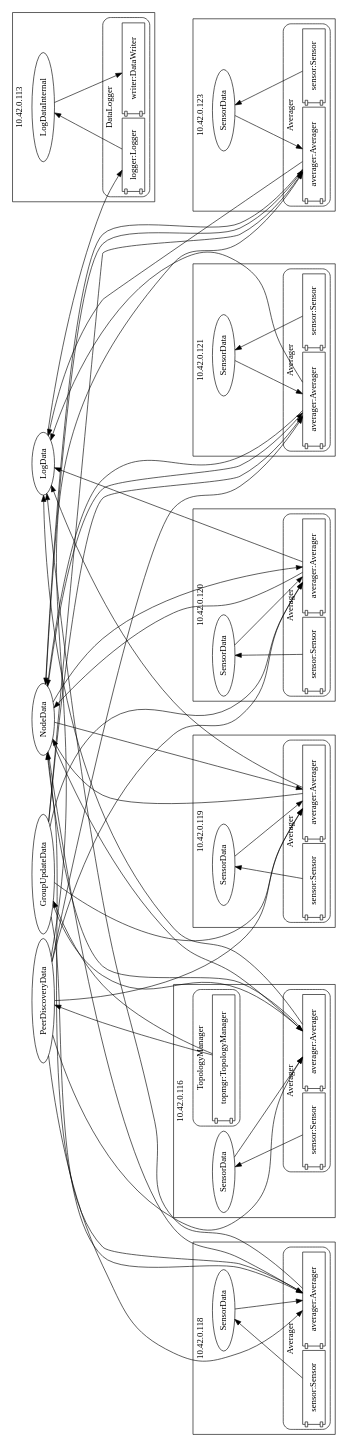
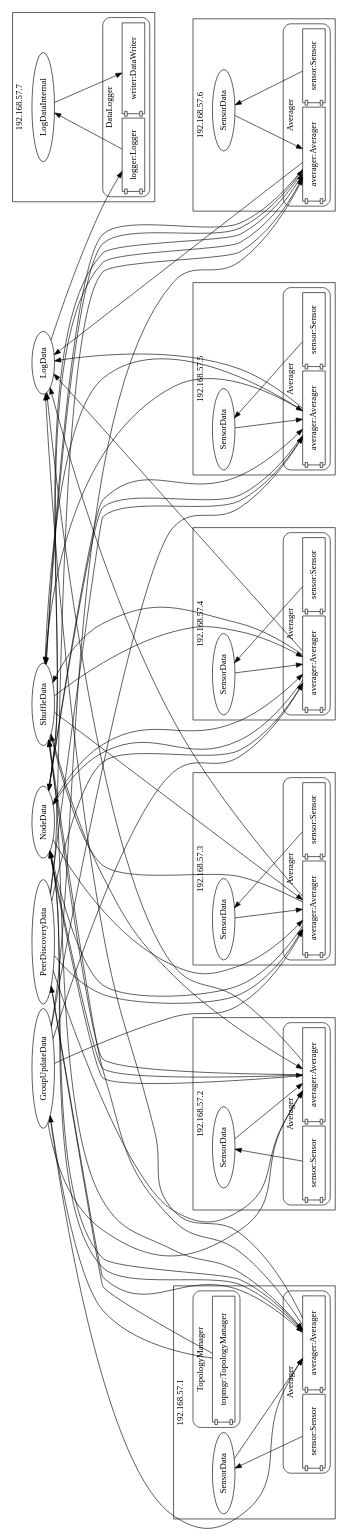
The diagram in GroupTestAppRandom/GroupTestApp.dot (purboday/GroupTestApp), drawn with Graphviz before and after one commit. The commit also changed 31 other files, not shown here.

```diff
--- a/GroupTestAppRandom/GroupTestApp.dot
+++ b/GroupTestAppRandom/GroupTestApp.dot
@@ -9,125 +9,22 @@
 GroupUpdateData [shape=ellipse];
 PeerDiscoveryData [shape=ellipse];
 LogData [shape=ellipse];
-}
-
-sensor_Sensor_77 -> SensorData_78;
-averager_Averager_79 -> NodeData;
-averager_Averager_79 -> LogData;
-SensorData_78 -> averager_Averager_79;
-NodeData -> averager_Averager_79;
-GroupUpdateData -> averager_Averager_79;
-PeerDiscoveryData -> averager_Averager_79;
-topmgr_TopologyManager_81 -> GroupUpdateData;
-topmgr_TopologyManager_81 -> PeerDiscoveryData;
-subgraph "cluster_10.42.0.116" {
-label="10.42.0.116";
-rankdir=BT;
-rank=max;
-subgraph Averager_msgs_76 {
-rank=min;
-SensorData_78 [label=SensorData, shape=ellipse];
-}
-
-subgraph cluster_Averager_75 {
-label=Averager;
-style=rounded;
-sensor_Sensor_77 [label="sensor:Sensor", rank=max, shape=component];
-averager_Averager_79 [label="averager:Averager", rank=max, shape=component];
-}
-
-subgraph cluster_TopologyManager_80 {
-label=TopologyManager;
-style=rounded;
-topmgr_TopologyManager_81 [label="topmgr:TopologyManager", rank=max, shape=component];
-}
-
-}
-
-sensor_Sensor_84 -> SensorData_85;
-averager_Averager_86 -> NodeData;
-averager_Averager_86 -> LogData;
-SensorData_85 -> averager_Averager_86;
-NodeData -> averager_Averager_86;
-GroupUpdateData -> averager_Averager_86;
-PeerDiscoveryData -> averager_Averager_86;
-subgraph "cluster_10.42.0.118" {
-label="10.42.0.118";
-rankdir=BT;
-rank=max;
-subgraph Averager_msgs_83 {
-rank=min;
-SensorData_85 [label=SensorData, shape=ellipse];
-}
-
-subgraph cluster_Averager_82 {
-label=Averager;
-style=rounded;
-sensor_Sensor_84 [label="sensor:Sensor", rank=max, shape=component];
-averager_Averager_86 [label="averager:Averager", rank=max, shape=component];
-}
-
-}
-
-sensor_Sensor_89 -> SensorData_90;
-averager_Averager_91 -> NodeData;
-averager_Averager_91 -> LogData;
-SensorData_90 -> averager_Averager_91;
-NodeData -> averager_Averager_91;
-GroupUpdateData -> averager_Averager_91;
-PeerDiscoveryData -> averager_Averager_91;
-subgraph "cluster_10.42.0.119" {
-label="10.42.0.119";
-rankdir=BT;
-rank=max;
-subgraph Averager_msgs_88 {
-rank=min;
-SensorData_90 [label=SensorData, shape=ellipse];
-}
-
-subgraph cluster_Averager_87 {
-label=Averager;
-style=rounded;
-sensor_Sensor_89 [label="sensor:Sensor", rank=max, shape=component];
-averager_Averager_91 [label="averager:Averager", rank=max, shape=component];
-}
-
-}
-
-sensor_Sensor_94 -> SensorData_95;
-averager_Averager_96 -> NodeData;
-averager_Averager_96 -> LogData;
-SensorData_95 -> averager_Averager_96;
-NodeData -> averager_Averager_96;
-GroupUpdateData -> averager_Averager_96;
-PeerDiscoveryData -> averager_Averager_96;
-subgraph "cluster_10.42.0.120" {
-label="10.42.0.120";
-rankdir=BT;
-rank=max;
-subgraph Averager_msgs_93 {
-rank=min;
-SensorData_95 [label=SensorData, shape=ellipse];
-}
-
-subgraph cluster_Averager_92 {
-label=Averager;
-style=rounded;
-sensor_Sensor_94 [label="sensor:Sensor", rank=max, shape=component];
-averager_Averager_96 [label="averager:Averager", rank=max, shape=component];
-}
-
+ShuffleData [shape=ellipse];
 }
 
 sensor_Sensor_99 -> SensorData_100;
 averager_Averager_101 -> NodeData;
 averager_Averager_101 -> LogData;
+averager_Averager_101 -> ShuffleData;
 SensorData_100 -> averager_Averager_101;
 NodeData -> averager_Averager_101;
 GroupUpdateData -> averager_Averager_101;
 PeerDiscoveryData -> averager_Averager_101;
-subgraph "cluster_10.42.0.121" {
-label="10.42.0.121";
+ShuffleData -> averager_Averager_101;
+topmgr_TopologyManager_103 -> GroupUpdateData;
+topmgr_TopologyManager_103 -> PeerDiscoveryData;
+subgraph "cluster_192.168.57.1" {
+label="192.168.57.1";
 rankdir=BT;
 rank=max;
 subgraph Averager_msgs_98 {
@@ -142,50 +39,166 @@
 averager_Averager_101 [label="averager:Averager", rank=max, shape=component];
 }
 
-}
-
-sensor_Sensor_104 -> SensorData_105;
-averager_Averager_106 -> NodeData;
-averager_Averager_106 -> LogData;
-SensorData_105 -> averager_Averager_106;
-NodeData -> averager_Averager_106;
-GroupUpdateData -> averager_Averager_106;
-PeerDiscoveryData -> averager_Averager_106;
-subgraph "cluster_10.42.0.123" {
-label="10.42.0.123";
-rankdir=BT;
-rank=max;
-subgraph Averager_msgs_103 {
-rank=min;
-SensorData_105 [label=SensorData, shape=ellipse];
-}
-
-subgraph cluster_Averager_102 {
-label=Averager;
+subgraph cluster_TopologyManager_102 {
+label=TopologyManager;
 style=rounded;
-sensor_Sensor_104 [label="sensor:Sensor", rank=max, shape=component];
-averager_Averager_106 [label="averager:Averager", rank=max, shape=component];
+topmgr_TopologyManager_103 [label="topmgr:TopologyManager", rank=max, shape=component];
 }
 
 }
 
-logger_Logger_109 -> LogDataInternal_110;
-LogData -> logger_Logger_109;
-LogDataInternal_110 -> writer_DataWriter_111;
-subgraph "cluster_10.42.0.113" {
-label="10.42.0.113";
+sensor_Sensor_106 -> SensorData_107;
+averager_Averager_108 -> NodeData;
+averager_Averager_108 -> LogData;
+averager_Averager_108 -> ShuffleData;
+SensorData_107 -> averager_Averager_108;
+NodeData -> averager_Averager_108;
+GroupUpdateData -> averager_Averager_108;
+PeerDiscoveryData -> averager_Averager_108;
+ShuffleData -> averager_Averager_108;
+subgraph "cluster_192.168.57.2" {
+label="192.168.57.2";
 rankdir=BT;
 rank=max;
-subgraph DataLogger_msgs_108 {
+subgraph Averager_msgs_105 {
 rank=min;
-LogDataInternal_110 [label=LogDataInternal, shape=ellipse];
+SensorData_107 [label=SensorData, shape=ellipse];
 }
 
-subgraph cluster_DataLogger_107 {
+subgraph cluster_Averager_104 {
+label=Averager;
+style=rounded;
+sensor_Sensor_106 [label="sensor:Sensor", rank=max, shape=component];
+averager_Averager_108 [label="averager:Averager", rank=max, shape=component];
+}
+
+}
+
+sensor_Sensor_111 -> SensorData_112;
+averager_Averager_113 -> NodeData;
+averager_Averager_113 -> LogData;
+averager_Averager_113 -> ShuffleData;
+SensorData_112 -> averager_Averager_113;
+NodeData -> averager_Averager_113;
+GroupUpdateData -> averager_Averager_113;
+PeerDiscoveryData -> averager_Averager_113;
+ShuffleData -> averager_Averager_113;
+subgraph "cluster_192.168.57.3" {
+label="192.168.57.3";
+rankdir=BT;
+rank=max;
+subgraph Averager_msgs_110 {
+rank=min;
+SensorData_112 [label=SensorData, shape=ellipse];
+}
+
+subgraph cluster_Averager_109 {
+label=Averager;
+style=rounded;
+sensor_Sensor_111 [label="sensor:Sensor", rank=max, shape=component];
+averager_Averager_113 [label="averager:Averager", rank=max, shape=component];
+}
+
+}
+
+sensor_Sensor_116 -> SensorData_117;
+averager_Averager_118 -> NodeData;
+averager_Averager_118 -> LogData;
+averager_Averager_118 -> ShuffleData;
+SensorData_117 -> averager_Averager_118;
+NodeData -> averager_Averager_118;
+GroupUpdateData -> averager_Averager_118;
+PeerDiscoveryData -> averager_Averager_118;
+ShuffleData -> averager_Averager_118;
+subgraph "cluster_192.168.57.4" {
+label="192.168.57.4";
+rankdir=BT;
+rank=max;
+subgraph Averager_msgs_115 {
+rank=min;
+SensorData_117 [label=SensorData, shape=ellipse];
+}
+
+subgraph cluster_Averager_114 {
+label=Averager;
+style=rounded;
+sensor_Sensor_116 [label="sensor:Sensor", rank=max, shape=component];
+averager_Averager_118 [label="averager:Averager", rank=max, shape=component];
+}
+
+}
+
+sensor_Sensor_121 -> SensorData_122;
+averager_Averager_123 -> NodeData;
+averager_Averager_123 -> LogData;
+averager_Averager_123 -> ShuffleData;
+SensorData_122 -> averager_Averager_123;
+NodeData -> averager_Averager_123;
+GroupUpdateData -> averager_Averager_123;
+PeerDiscoveryData -> averager_Averager_123;
+ShuffleData -> averager_Averager_123;
+subgraph "cluster_192.168.57.5" {
+label="192.168.57.5";
+rankdir=BT;
+rank=max;
+subgraph Averager_msgs_120 {
+rank=min;
+SensorData_122 [label=SensorData, shape=ellipse];
+}
+
+subgraph cluster_Averager_119 {
+label=Averager;
+style=rounded;
+sensor_Sensor_121 [label="sensor:Sensor", rank=max, shape=component];
+averager_Averager_123 [label="averager:Averager", rank=max, shape=component];
+}
+
+}
+
+sensor_Sensor_126 -> SensorData_127;
+averager_Averager_128 -> NodeData;
+averager_Averager_128 -> LogData;
+averager_Averager_128 -> ShuffleData;
+SensorData_127 -> averager_Averager_128;
+NodeData -> averager_Averager_128;
+GroupUpdateData -> averager_Averager_128;
+PeerDiscoveryData -> averager_Averager_128;
+ShuffleData -> averager_Averager_128;
+subgraph "cluster_192.168.57.6" {
+label="192.168.57.6";
+rankdir=BT;
+rank=max;
+subgraph Averager_msgs_125 {
+rank=min;
+SensorData_127 [label=SensorData, shape=ellipse];
+}
+
+subgraph cluster_Averager_124 {
+label=Averager;
+style=rounded;
+sensor_Sensor_126 [label="sensor:Sensor", rank=max, shape=component];
+averager_Averager_128 [label="averager:Averager", rank=max, shape=component];
+}
+
+}
+
+logger_Logger_131 -> LogDataInternal_132;
+LogData -> logger_Logger_131;
+LogDataInternal_132 -> writer_DataWriter_133;
+subgraph "cluster_192.168.57.7" {
+label="192.168.57.7";
+rankdir=BT;
+rank=max;
+subgraph DataLogger_msgs_130 {
+rank=min;
+LogDataInternal_132 [label=LogDataInternal, shape=ellipse];
+}
+
+subgraph cluster_DataLogger_129 {
 label=DataLogger;
 style=rounded;
-logger_Logger_109 [label="logger:Logger", rank=max, shape=component];
-writer_DataWriter_111 [label="writer:DataWriter", rank=max, shape=component];
+logger_Logger_131 [label="logger:Logger", rank=max, shape=component];
+writer_DataWriter_133 [label="writer:DataWriter", rank=max, shape=component];
 }
 
 }
```
